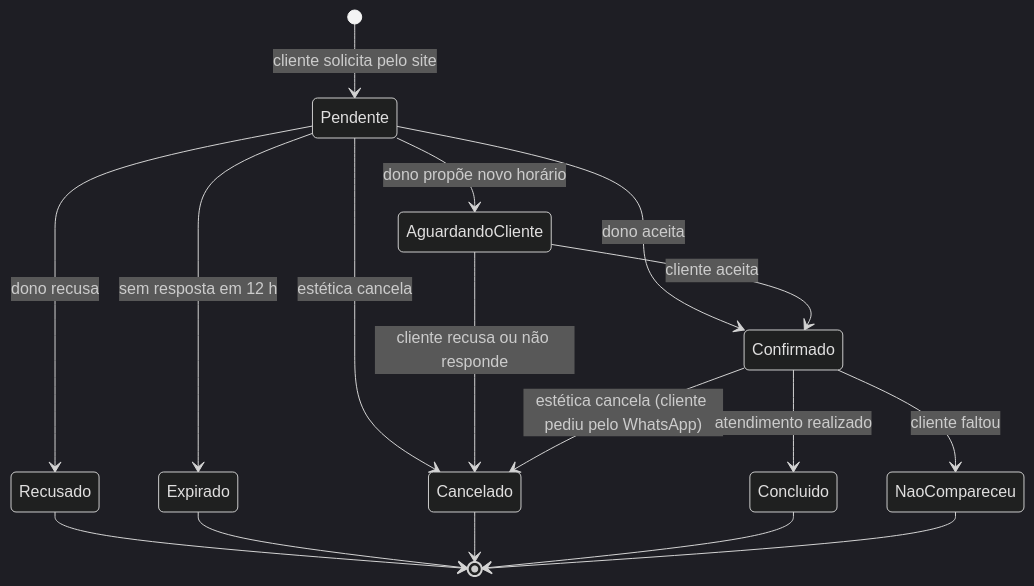
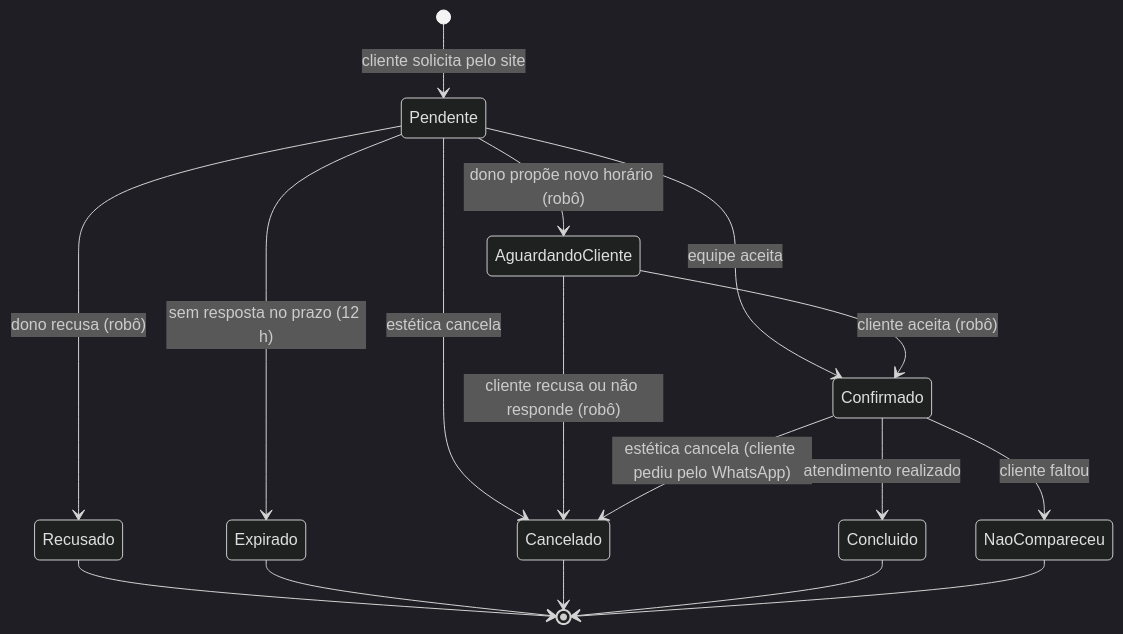
One commit to HumbertoGomes-hub/SmartAgenda changed the diagram in README.md. Above: the diagram before and after it, drawn with Mermaid (dark theme). The commit also changed other lines of this file and 26 other files, not shown here.

````diff
--- a/README.md
+++ b/README.md
@@ -74,19 +89,19 @@
 ```mermaid
 stateDiagram-v2
     [*] --> Pendente: cliente solicita pelo site
-    Pendente --> Confirmado: dono aceita
-    Pendente --> AguardandoCliente: dono propõe novo horário
-    Pendente --> Recusado: dono recusa
-    Pendente --> Expirado: sem resposta em 12 h
+    Pendente --> Confirmado: equipe aceita
+    Pendente --> AguardandoCliente: dono propõe novo horário (robô)
+    Pendente --> Recusado: dono recusa (robô)
+    Pendente --> Expirado: sem resposta no prazo (12 h)
     Pendente --> Cancelado: estética cancela
-    AguardandoCliente --> Confirmado: cliente aceita
-    AguardandoCliente --> Cancelado: cliente recusa ou não responde
+    AguardandoCliente --> Confirmado: cliente aceita (robô)
+    AguardandoCliente --> Cancelado: cliente recusa ou não responde (robô)
     Confirmado --> Cancelado: estética cancela (cliente pediu pelo WhatsApp)
     Confirmado --> Concluido: atendimento realizado
     Confirmado --> NaoCompareceu: cliente faltou
     Recusado --> [*]
     Expirado --> [*]
     Cancelado --> [*]
     Concluido --> [*]
     NaoCompareceu --> [*]
 ```
````
